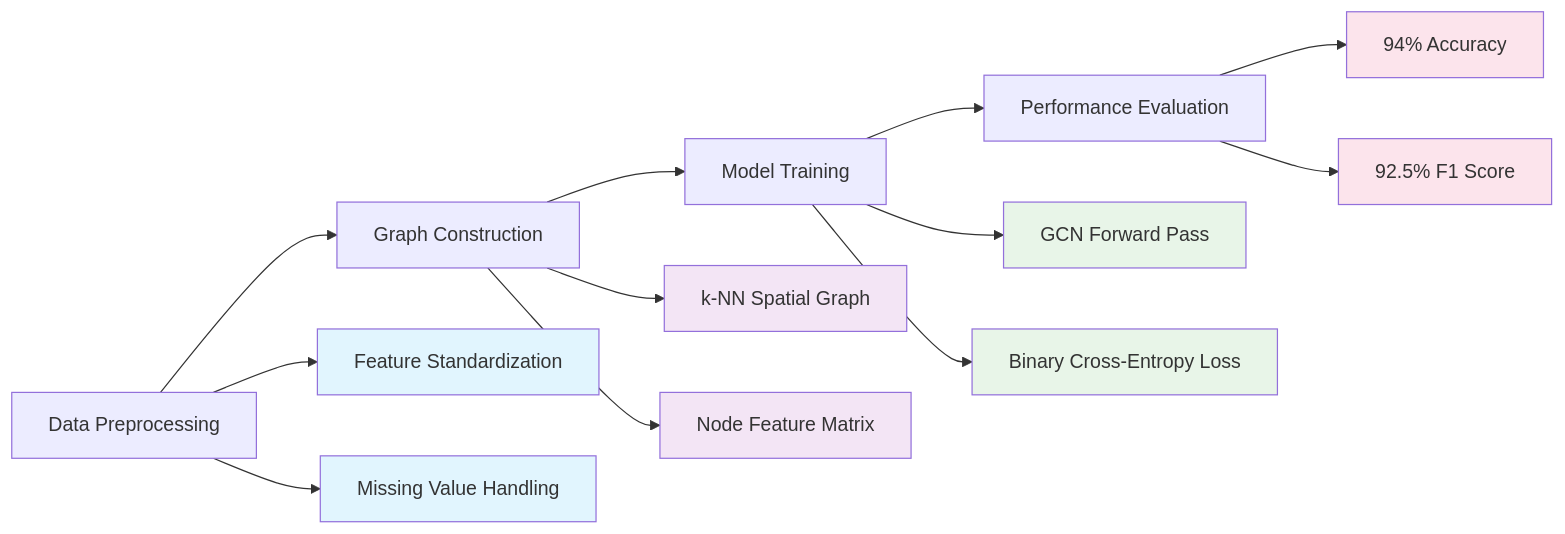
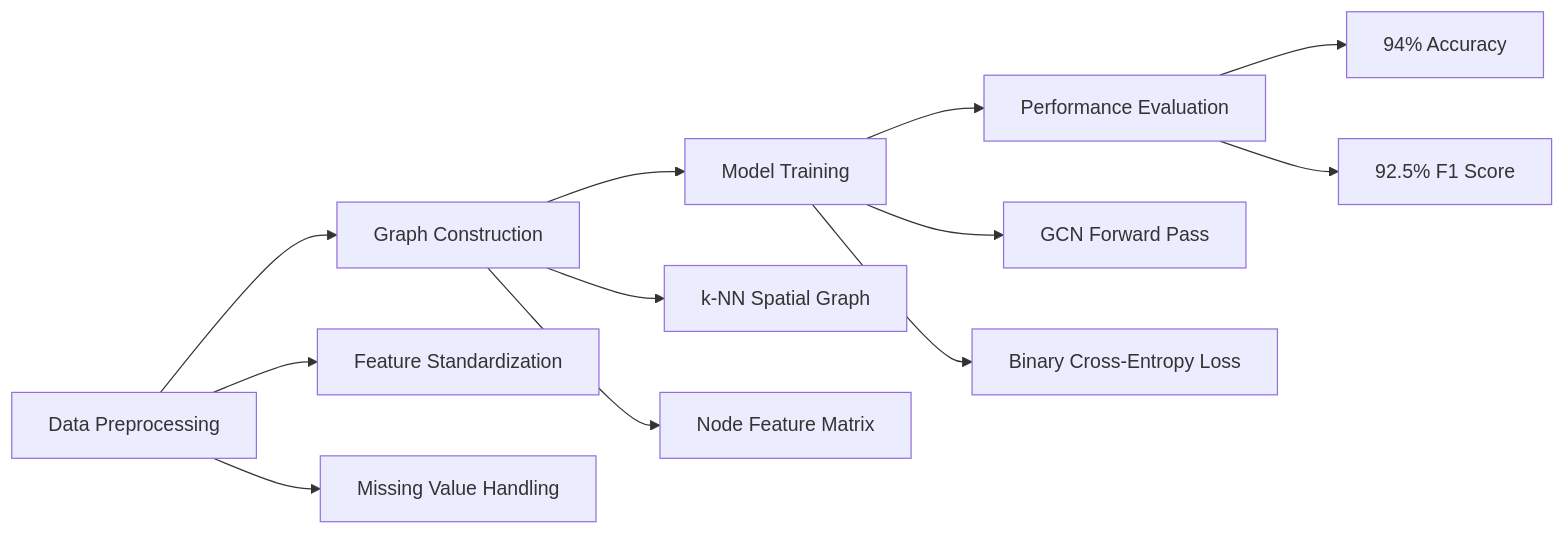
The second of 3 diagrams in README.md (atlonglastkibet/jav-nairobi), drawn with Mermaid before and after one commit.

````diff
--- a/README.md
+++ b/README.md
@@ -152,23 +152,18 @@
 ```mermaid
 graph LR
     A[Data Preprocessing] --> B[Graph Construction]
     B --> C[Model Training]
     C --> D[Performance Evaluation]
 
-    A --> A1[Feature Standardization]:::preprocessing
-    A --> A2[Missing Value Handling]:::preprocessing
+    A --> A1[Feature Standardization]
+    A --> A2[Missing Value Handling]
 
-    B --> B1[k-NN Spatial Graph]:::graphcls
-    B --> B2[Node Feature Matrix]:::graphcls
+    B --> B1[k-NN Spatial Graph]
+    B --> B2[Node Feature Matrix]
 
-    C --> C1[GCN Forward Pass]:::training
-    C --> C2[Binary Cross-Entropy Loss]:::training
+    C --> C1[GCN Forward Pass]
+    C --> C2[Binary Cross-Entropy Loss]
 
-    D --> D1[94% Accuracy]:::evaluation
-    D --> D2[92.5% F1 Score]:::evaluation
-
-    classDef preprocessing fill:#e1f5fe
-    classDef graphcls fill:#f3e5f5
-    classDef training fill:#e8f5e8
-    classDef evaluation fill:#fce4ec
+    D --> D1[94% Accuracy]
+    D --> D2[92.5% F1 Score]
 ```
````
